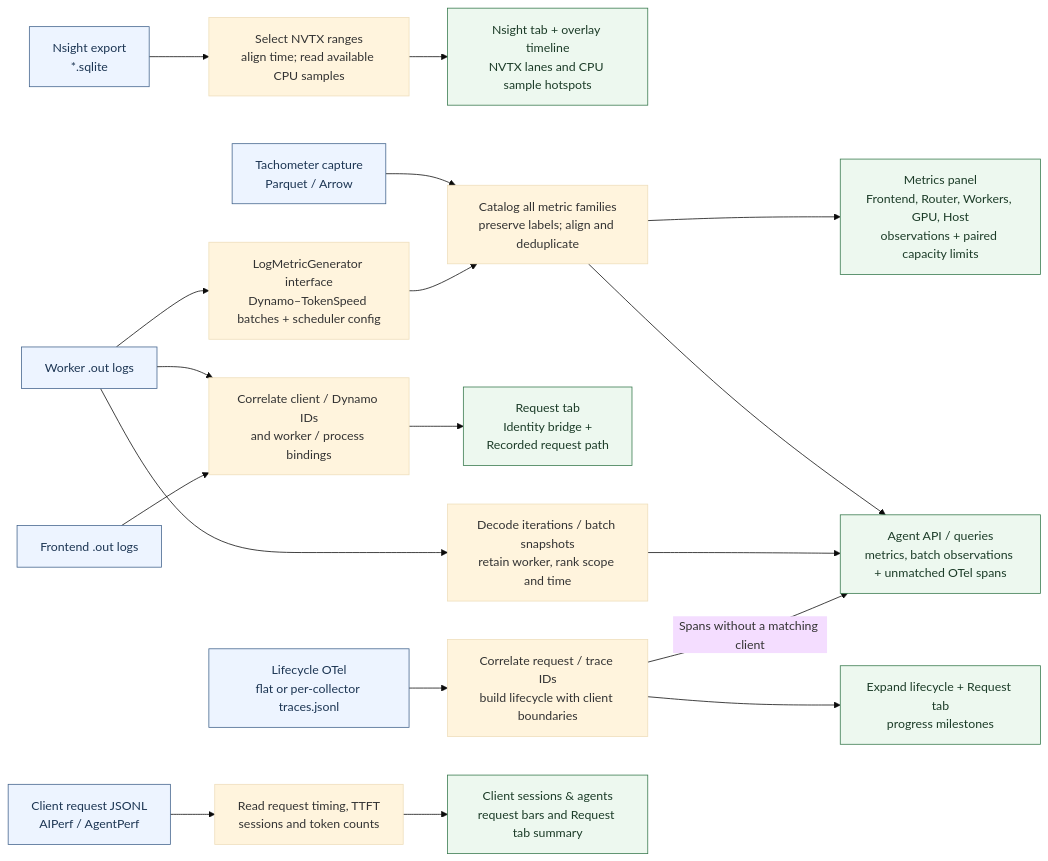
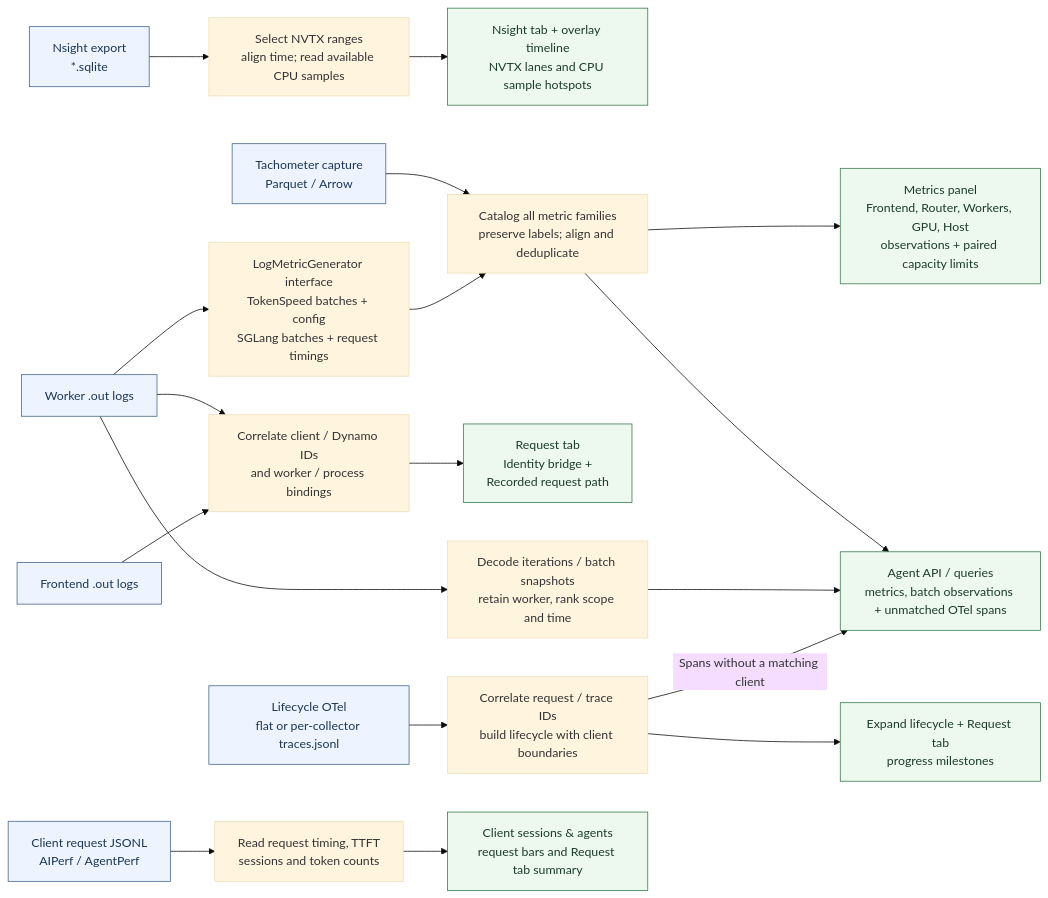
The first of 3 diagrams in docs/dsight-data-flow.md (FrankD412/srt-slurm), drawn with Mermaid (base theme) before and after one commit. The commit also changed other lines of this file and 23 other files, not shown here.

First line of the commit message:
feat(dsight): extract SGLang batch and request log metrics (#541)

````diff
--- a/docs/dsight-data-flow.md
+++ b/docs/dsight-data-flow.md
@@ -14,29 +14,29 @@
 ```mermaid
 flowchart LR
     N["Nsight export<br/>*.sqlite"] --> NP["Select NVTX ranges<br/>align time; read available CPU samples"]
     NP --> NU["Nsight tab + overlay timeline<br/>NVTX lanes and CPU sample hotspots"]
 
     T["Tachometer capture<br/>Parquet / Arrow"] --> MP["Catalog all metric families<br/>preserve labels; align and deduplicate"]
     MP --> MU["Metrics panel<br/>Frontend, Router, Workers, GPU, Host<br/>observations + paired capacity limits"]
     MP --> MQ["Agent API / queries<br/>metrics, batch observations + unmatched OTel spans"]
 
     W["Worker .out logs"] --> IP["Correlate client / Dynamo IDs<br/>and worker / process bindings"]
     F["Frontend .out logs"] --> IP
     IP --> IU["Request tab<br/>Identity bridge +<br/>Recorded request path"]
-    W --> LM["LogMetricGenerator interface<br/>Dynamo–TokenSpeed batches + scheduler config"]
+    W --> LM["LogMetricGenerator interface<br/>TokenSpeed batches + config<br/>SGLang batches + request timings"]
     LM --> MP
     W --> BP["Decode iterations / batch snapshots<br/>retain worker, rank scope and time"]
     BP --> MQ
 
     O["Lifecycle OTel<br/>flat or per-collector traces.jsonl"] --> LP["Correlate request / trace IDs<br/>build lifecycle with client boundaries"]
     LP -->|"Spans without a matching client"| MQ
     LP --> LU["Expand lifecycle + Request tab<br/>progress milestones"]
 
     C["Client request JSONL<br/>AIPerf / AgentPerf"] --> CP["Read request timing, TTFT<br/>sessions and token counts"]
     CP --> CU["Client sessions & agents<br/>request bars and Request tab summary"]
 
     classDef source fill:#edf4ff,stroke:#42638c,color:#1c3553;
     classDef ui fill:#edf8ef,stroke:#36784c,color:#1c3c28;
     class N,T,W,F,O,C source;
     class NU,MU,MQ,IU,LU,CU ui;
 ```
````
